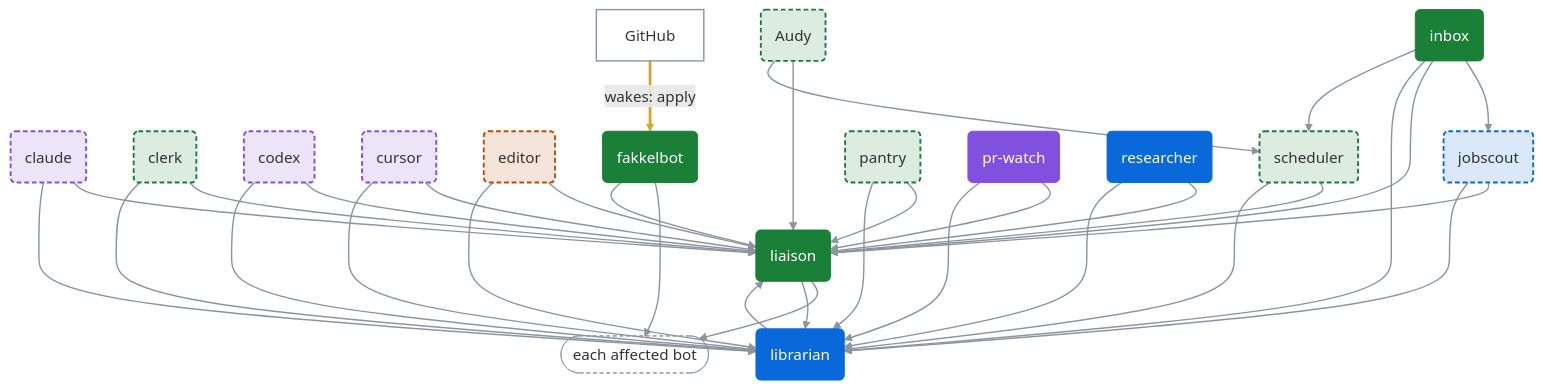
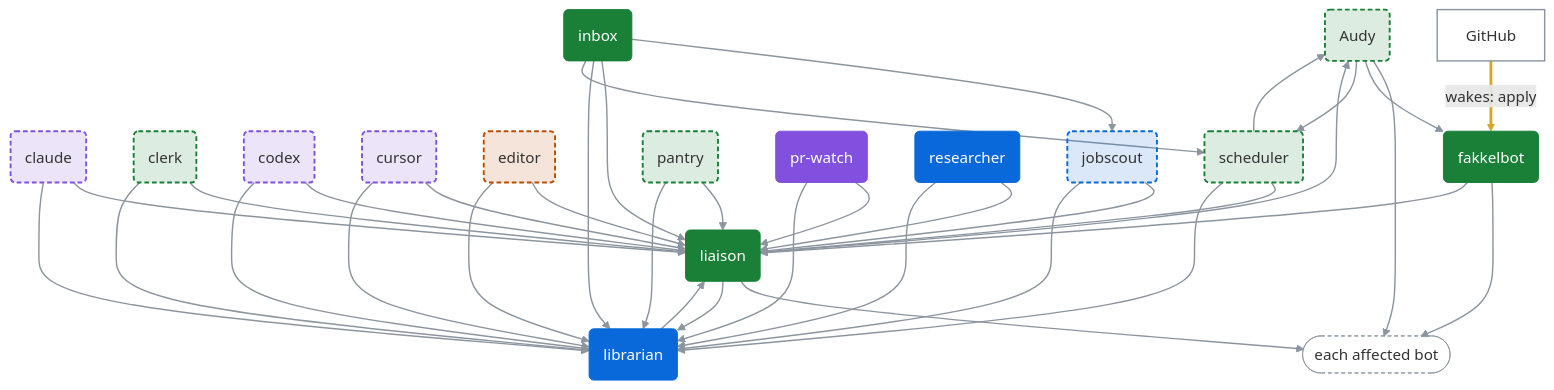
Before and after one commit to dfakkeldy/fakkelbot: the first of 2 diagrams in docs/bot-chart.md, drawn with Mermaid. The commit also changed other lines of this file and 16 other files, not shown here.

First line of the commit message:
feat(audy): make Audy the front door when chosen, with liaison and scheduler behind it (#29)

````diff
--- a/docs/bot-chart.md
+++ b/docs/bot-chart.md
@@ -13,73 +13,76 @@
 ```mermaid
 %%{init: {"flowchart": {"curve": "basis"}}}%%
 flowchart TB
     bot_audy("Audy")
     bot_claude("claude")
     bot_clerk("clerk")
     bot_codex("codex")
     bot_cursor("cursor")
     bot_editor("editor")
     bot_fakkelbot("fakkelbot")
     bot_inbox("inbox")
     bot_jobscout("jobscout")
     bot_liaison("liaison")
     bot_librarian("librarian")
     bot_pantry("pantry")
     bot_pr_watch("pr-watch")
     bot_researcher("researcher")
     bot_scheduler("scheduler")
     fan_each_affected_bot(["each affected bot"])
     sys_github["GitHub"]
-    bot_audy --> bot_liaison
+    bot_audy --> fan_each_affected_bot
+    bot_audy --> bot_fakkelbot
     bot_audy --> bot_scheduler
     bot_claude --> bot_liaison
     bot_claude --> bot_librarian
     bot_clerk --> bot_liaison
     bot_clerk --> bot_librarian
     bot_codex --> bot_liaison
     bot_codex --> bot_librarian
     bot_cursor --> bot_liaison
     bot_cursor --> bot_librarian
     bot_editor --> bot_liaison
     bot_editor --> bot_librarian
     bot_fakkelbot --> fan_each_affected_bot
     bot_fakkelbot --> bot_liaison
     bot_inbox --> bot_jobscout
     bot_inbox --> bot_liaison
     bot_inbox --> bot_librarian
     bot_inbox --> bot_scheduler
     bot_jobscout --> bot_liaison
     bot_jobscout --> bot_librarian
+    bot_liaison --> bot_audy
     bot_liaison --> fan_each_affected_bot
     bot_liaison --> bot_librarian
     bot_librarian --> bot_liaison
     bot_pantry --> bot_liaison
     bot_pantry --> bot_librarian
     bot_pr_watch --> bot_liaison
     bot_pr_watch --> bot_librarian
     bot_researcher --> bot_liaison
     bot_researcher --> bot_librarian
+    bot_scheduler --> bot_audy
     bot_scheduler --> bot_liaison
     bot_scheduler --> bot_librarian
     sys_github ==>|"wakes: apply"| bot_fakkelbot
     classDef daily_life_optional fill:#1a7f3726,stroke:#1a7f37,stroke-width:2px,stroke-dasharray:5 3
     class bot_audy,bot_clerk,bot_pantry,bot_scheduler daily_life_optional
     classDef builders_optional fill:#8250df26,stroke:#8250df,stroke-width:2px,stroke-dasharray:5 3
     class bot_claude,bot_codex,bot_cursor builders_optional
     classDef content_optional fill:#bc4c0026,stroke:#bc4c00,stroke-width:2px,stroke-dasharray:5 3
     class bot_editor content_optional
     classDef daily_life fill:#1a7f37,stroke:#1a7f37,color:#ffffff
     class bot_fakkelbot,bot_inbox,bot_liaison daily_life
     classDef work_optional fill:#0969da26,stroke:#0969da,stroke-width:2px,stroke-dasharray:5 3
     class bot_jobscout work_optional
     classDef work fill:#0969da,stroke:#0969da,color:#ffffff
     class bot_librarian,bot_researcher work
     classDef builders fill:#8250df,stroke:#8250df,color:#ffffff
     class bot_pr_watch builders
     classDef system fill:transparent,stroke:#8c959f,stroke-width:1.5px
     class sys_github system
     classDef fan_out fill:transparent,stroke:#8c959f,stroke-dasharray:4 3
     class fan_each_affected_bot fan_out
-    linkStyle 0,1,2,3,4,5,6,7,8,9,10,11,12,13,14,15,16,17,18,19,20,21,22,23,24,25,26,27,28,29,30 stroke:#8c959f,stroke-width:1.5px
-    linkStyle 31 stroke:#d4a72c,stroke-width:3px
+    linkStyle 0,1,2,3,4,5,6,7,8,9,10,11,12,13,14,15,16,17,18,19,20,21,22,23,24,25,26,27,28,29,30,31,32,33 stroke:#8c959f,stroke-width:1.5px
+    linkStyle 34 stroke:#d4a72c,stroke-width:3px
 ```
````
